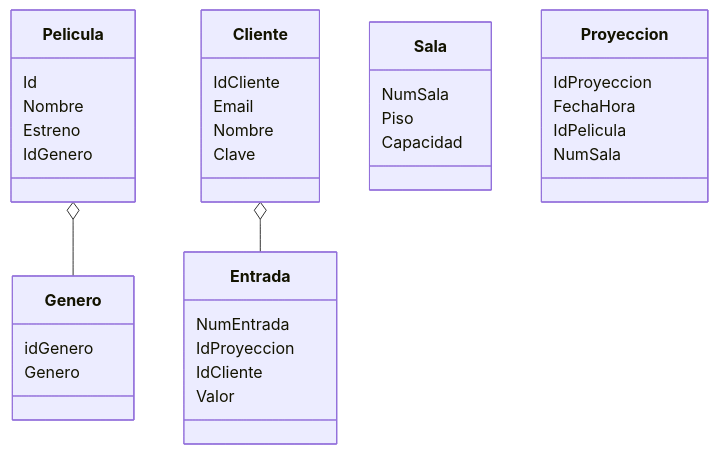
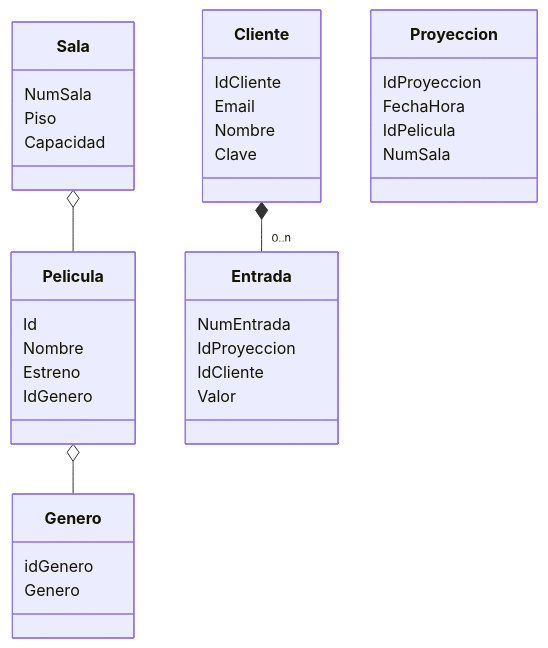
One commit to josesinio/cine-2022 changed the diagram in csharp/diagrama.md. Above: the diagram before and after it, drawn with Mermaid.

````diff
--- a/csharp/diagrama.md
+++ b/csharp/diagrama.md
@@ -1,45 +1,47 @@
 ```mermaid
     classDiagram
     
         Pelicula o-- Genero
-        Cliente o-- Entrada
-    
+        Cliente *-- "0..n" Entrada
+        Sala o-- Pelicula
+         
+
         class Genero{
             idGenero
             Genero
         }
     
         class Sala{
             NumSala
             Piso
             Capacidad
         }
     
         class Pelicula{
             Id
             Nombre
             Estreno
             IdGenero
         }
     
         class Cliente{
             IdCliente
             Email
             Nombre
             Clave
         }
     
         class Proyeccion{
             IdProyeccion
             FechaHora
             IdPelicula
             NumSala
         }
     
         class Entrada{
             NumEntrada
             IdProyeccion
             IdCliente
             Valor
         }
 ```
````
